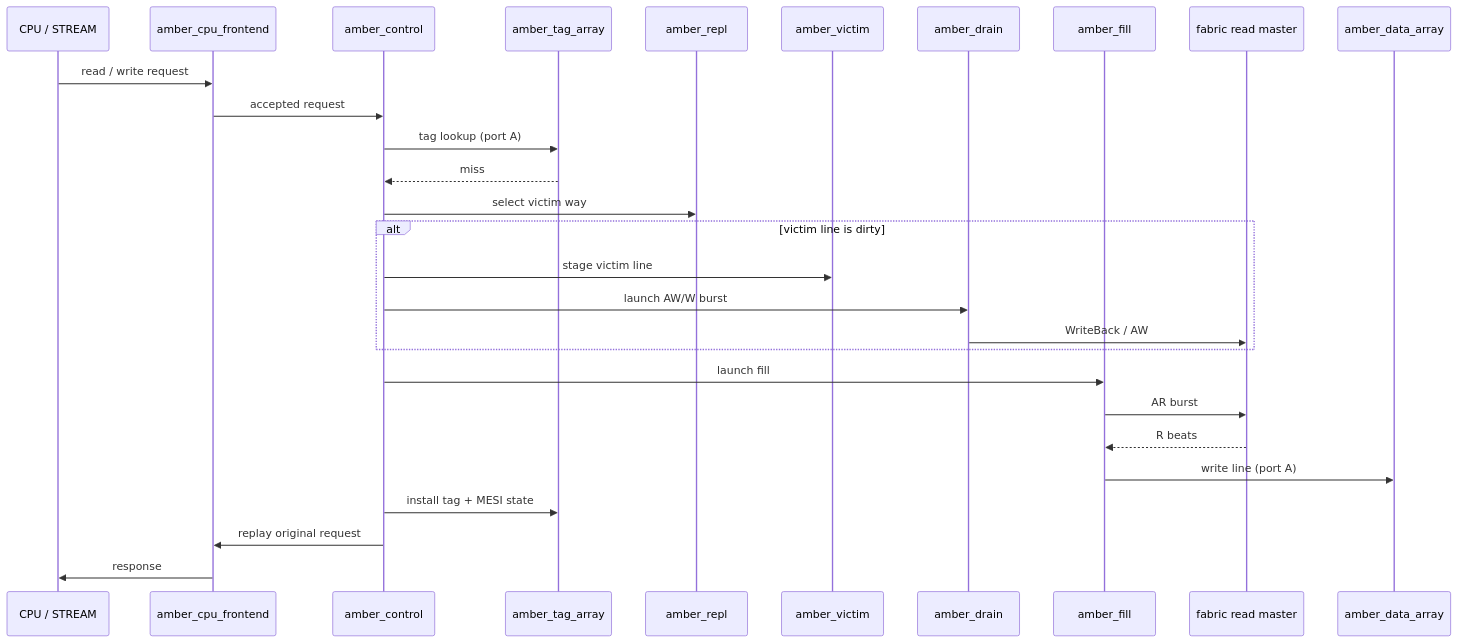
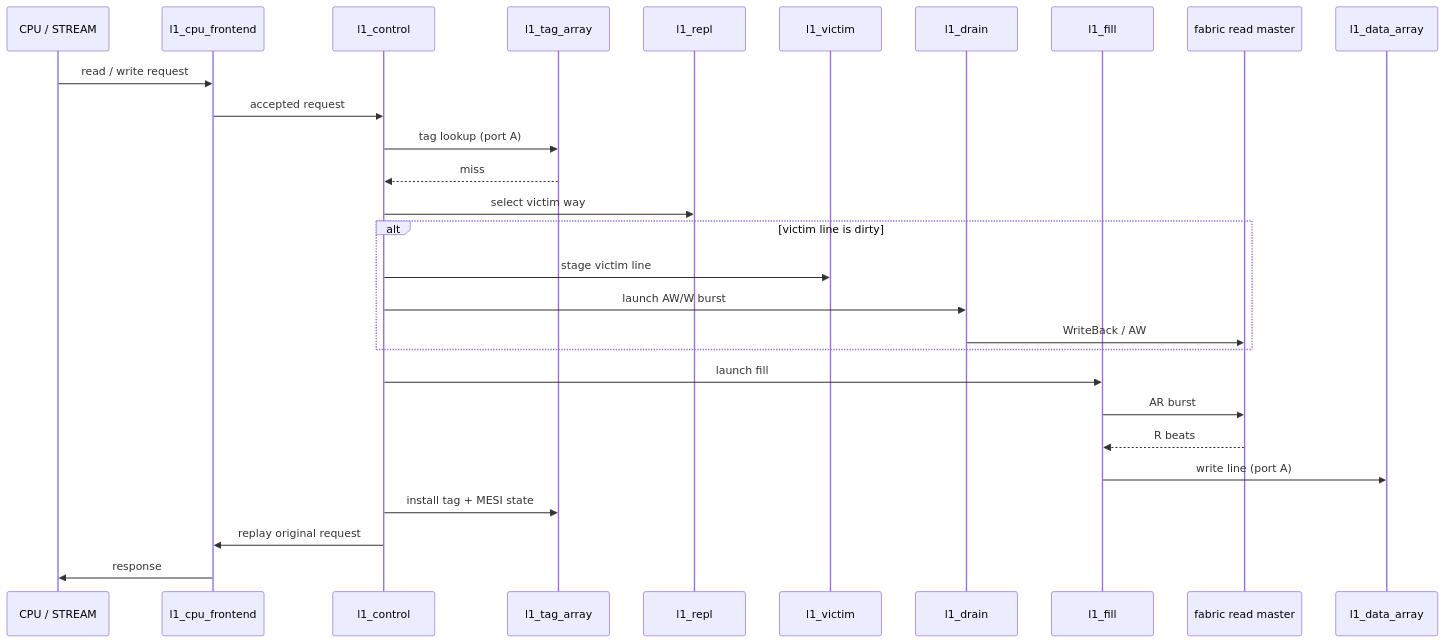
Before and after one commit to sean-galloway/RTLDesignSherpa: the diagram in projects/components/cache-ip/amber-mesi-l1/docs/amber_has/ch03_architecture/02_data_flow.md, drawn with Mermaid. The commit also changed other lines of this file and 21 other files, not shown here.

First line of the commit message:
docs(amber-has): v0.9 — l1_* rename sweep, ACE #106 + PF_GUARD architecture updates

````diff
--- a/projects/components/cache-ip/amber-mesi-l1/docs/amber_has/ch03_architecture/02_data_flow.md
+++ b/projects/components/cache-ip/amber-mesi-l1/docs/amber_has/ch03_architecture/02_data_flow.md
@@ -34,31 +34,31 @@
 ```mermaid
 sequenceDiagram
     participant CPU as CPU / STREAM
-    participant FE as amber_cpu_frontend
-    participant CTRL as amber_control
-    participant TAG as amber_tag_array
-    participant REPL as amber_repl
-    participant VICTIM as amber_victim
-    participant DRAIN as amber_drain
-    participant FILL as amber_fill
+    participant FE as l1_cpu_frontend
+    participant CTRL as l1_control
+    participant TAG as l1_tag_array
+    participant REPL as l1_repl
+    participant VICTIM as l1_victim
+    participant DRAIN as l1_drain
+    participant FILL as l1_fill
     participant FABRIC as fabric read master
-    participant DATA as amber_data_array
+    participant DATA as l1_data_array
 
     CPU->>FE: read / write request
     FE->>CTRL: accepted request
     CTRL->>TAG: tag lookup (port A)
     TAG-->>CTRL: miss
     CTRL->>REPL: select victim way
     alt victim line is dirty
         CTRL->>VICTIM: stage victim line
         CTRL->>DRAIN: launch AW/W burst
         DRAIN->>FABRIC: WriteBack / AW
     end
     CTRL->>FILL: launch fill
     FILL->>FABRIC: AR burst
     FABRIC-->>FILL: R beats
     FILL->>DATA: write line (port A)
     CTRL->>TAG: install tag + MESI state
     CTRL->>FE: replay original request
     FE->>CPU: response
 ```
````
